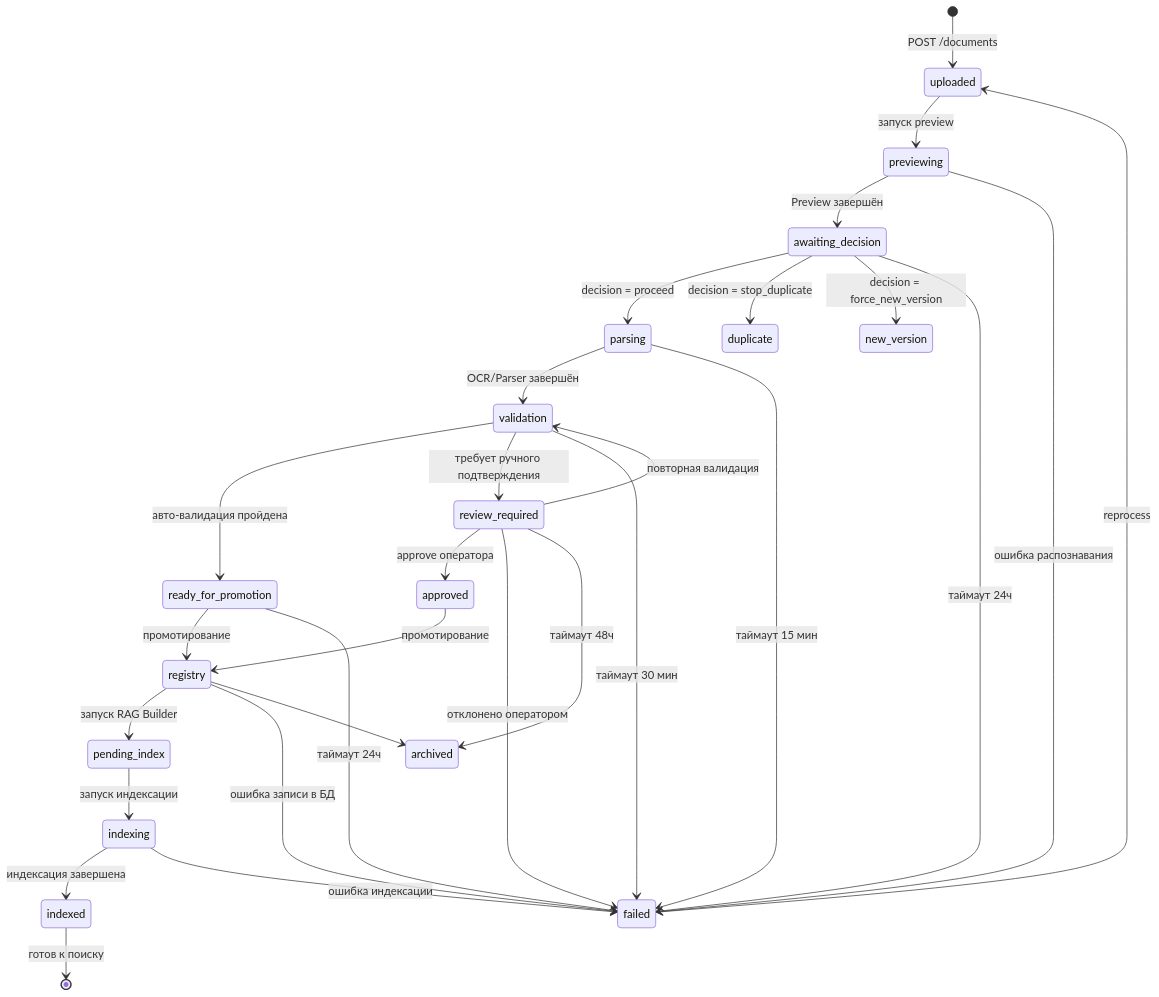
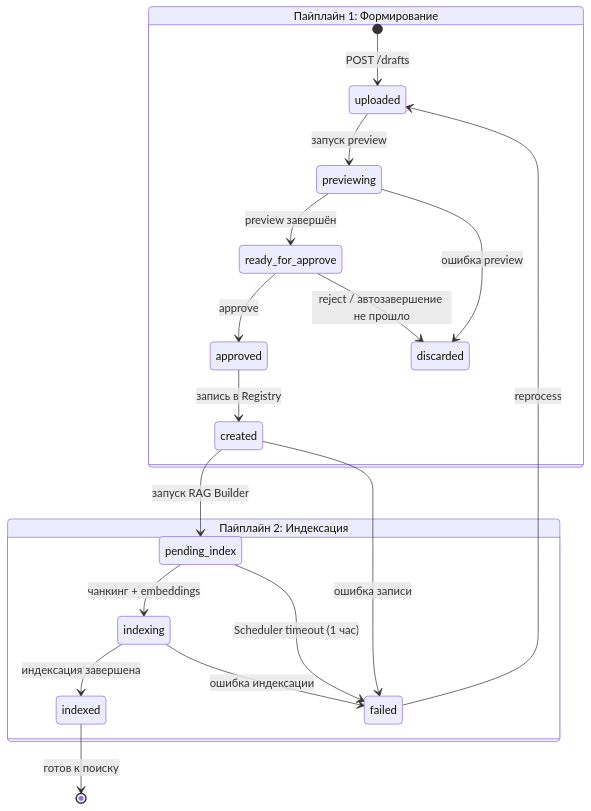
Before and after one commit to MasterKSAF/PKB: the second of 4 diagrams in backend/gateway_service/docs/pipeline1-formation.md, drawn with Mermaid. The commit also changed other lines of this file and 3 other files, not shown here.

````diff
--- a/backend/gateway_service/docs/pipeline1-formation.md
+++ b/backend/gateway_service/docs/pipeline1-formation.md
@@ -230,40 +250,23 @@
 ```mermaid
 stateDiagram-v2
-    [*] --> uploaded : POST /documents
-    uploaded --> previewing : запуск preview
-    previewing --> awaiting_decision : Preview завершён
-    previewing --> failed : ошибка распознавания
-
-    awaiting_decision --> parsing : decision = proceed
-    awaiting_decision --> duplicate : decision = stop_duplicate
-    awaiting_decision --> new_version : decision = force_new_version
-    awaiting_decision --> failed : таймаут 24ч
-
-    parsing --> validation : OCR/Parser завершён
-    parsing --> failed : таймаут 15 мин
-
-    validation --> ready_for_promotion : авто-валидация пройдена
-    validation --> review_required : требует ручного подтверждения
-    validation --> failed : таймаут 30 мин
-
-    review_required --> approved : approve оператора
-    review_required --> validation : повторная валидация
-    review_required --> failed : отклонено оператором
-    review_required --> archived : таймаут 48ч
-
-    ready_for_promotion --> registry : промотирование
-    ready_for_promotion --> failed : таймаут 24ч
-
-    approved --> registry : промотирование
-
-    registry --> pending_index : запуск RAG Builder
-    registry --> failed : ошибка записи в БД
-    registry --> archived
-
-    pending_index --> indexing : запуск индексации
-    indexing --> indexed : индексация завершена
-    indexing --> failed : ошибка индексации
+    state "Пайплайн 1: Формирование" as P1 {
+        [*] --> uploaded : POST /drafts
+        uploaded --> previewing : запуск preview
+        previewing --> ready_for_approve : preview завершён
+        previewing --> discarded : ошибка preview
+        ready_for_approve --> approved : approve
+        ready_for_approve --> discarded : reject / автозавершение не прошло
+        approved --> created : запись в Registry
+        
+        created --> pending_index : запуск RAG Builder
+        created --> failed : ошибка записи
+    }
+    state "Пайплайн 2: Индексация" as P2 {
+        pending_index --> indexing : чанкинг + embeddings
+        indexing --> indexed : индексация завершена
+        indexing --> failed : ошибка индексации
+        pending_index --> failed : Scheduler timeout (1 час)
+    }
     indexed --> [*] : готов к поиску
-
     failed --> uploaded : reprocess
 ```
````
